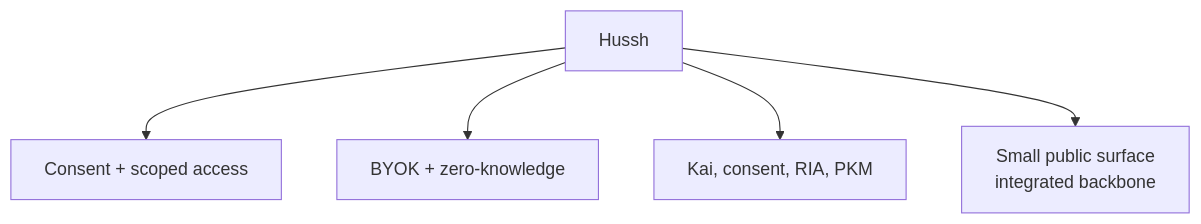
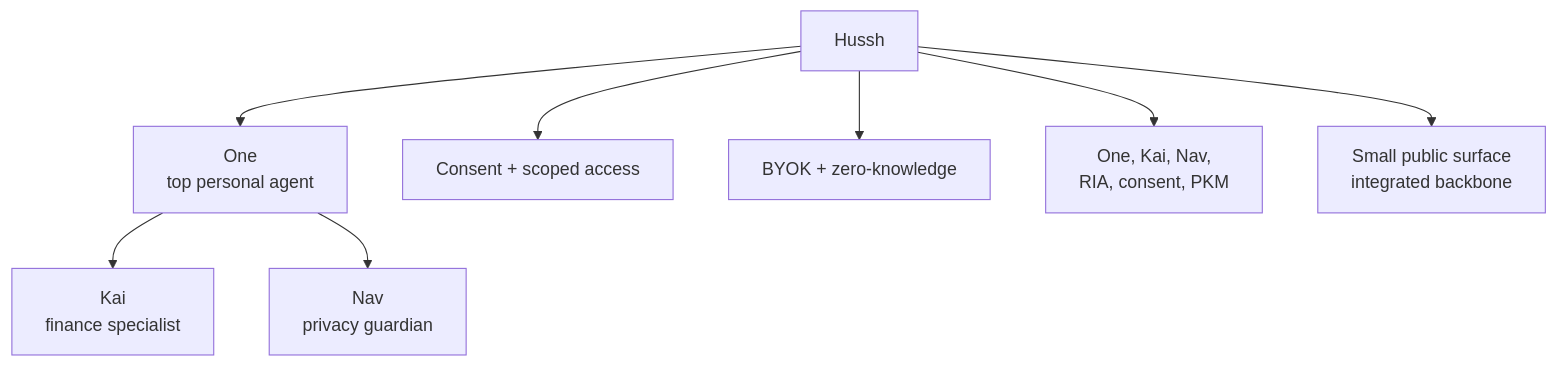
The diagram in docs/vision/README.md (hushh-labs/hushh-research), drawn with Mermaid before and after one commit. The commit also changed other lines of this file and 64 other files, not shown here.

Commit message:
Codify Hussh One Nav ontology

````diff
--- a/docs/vision/README.md
+++ b/docs/vision/README.md
@@ -7,13 +7,19 @@
 ```mermaid
 flowchart TD
   root["Hussh"]
+  one["One<br/>top personal agent"]
+  kai["Kai<br/>finance specialist"]
+  nav["Nav<br/>privacy guardian"]
   trust["Consent + scoped access"]
   vault["BYOK + zero-knowledge"]
-  product["Kai, consent, RIA, PKM"]
+  product["One, Kai, Nav,<br/>RIA, consent, PKM"]
   repo["Small public surface<br/>integrated backbone"]
 
   root --> trust
   root --> vault
+  root --> one
+  one --> kai
+  one --> nav
   root --> product
   root --> repo
 ```
````
